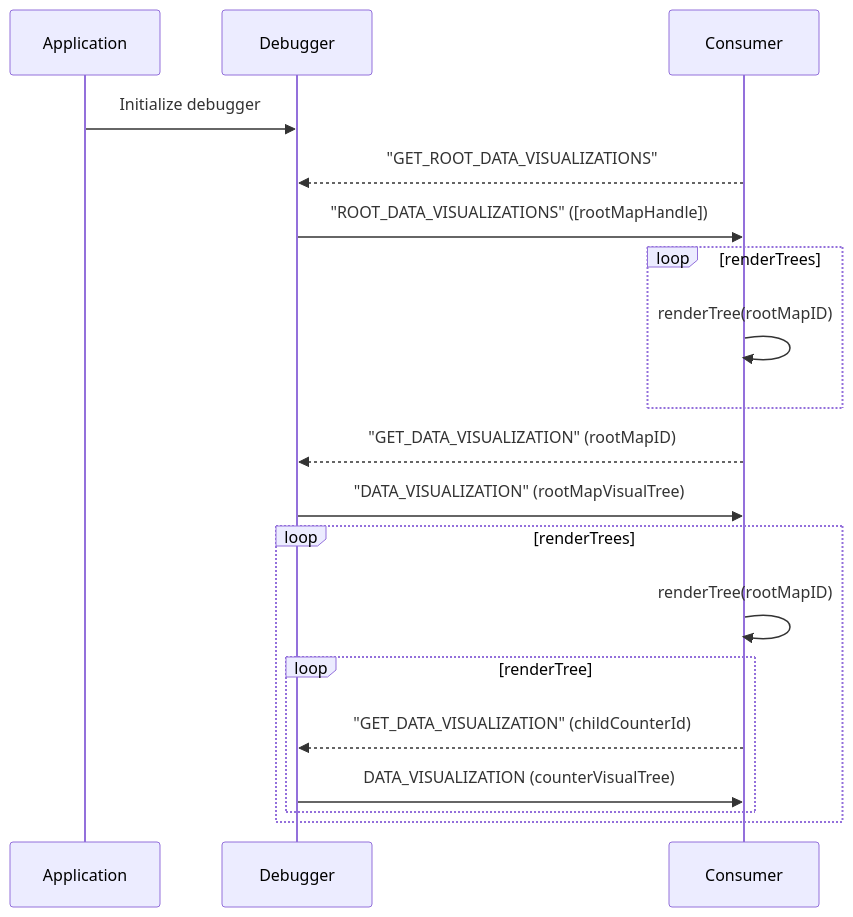
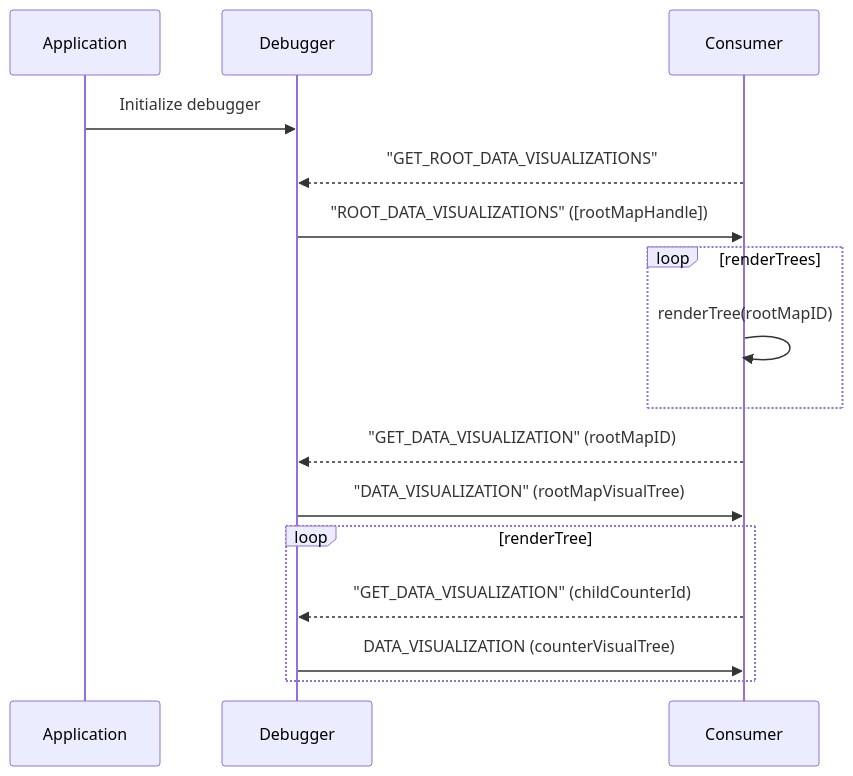
One commit to microsoft/FluidFramework changed the second of 2 diagrams in packages/tools/client-debugger/client-debugger/src/data-visualization/Overview.md. Above: the diagram before and after it, drawn with Mermaid.

Commit message:
docs: Simplify diagram a bit

````diff
--- a/packages/tools/client-debugger/client-debugger/src/data-visualization/Overview.md
+++ b/packages/tools/client-debugger/client-debugger/src/data-visualization/Overview.md
@@ -67,22 +67,19 @@
 ```mermaid
 sequenceDiagram
 participant Application
 participant Debugger
 participant Consumer
 
 Application->>Debugger: Initialize debugger
 Consumer-->>Debugger: "GET_ROOT_DATA_VISUALIZATIONS"
 Debugger->>Consumer: "ROOT_DATA_VISUALIZATIONS" ([rootMapHandle])
 loop renderTrees
 	Consumer->>Consumer: renderTree(rootMapID)
 end
 Consumer-->>Debugger: "GET_DATA_VISUALIZATION" (rootMapID)
 Debugger->>Consumer: "DATA_VISUALIZATION" (rootMapVisualTree)
-loop renderTrees
-	Consumer->>Consumer: renderTree(rootMapID)
-	loop renderTree
-		Consumer-->>Debugger: "GET_DATA_VISUALIZATION" (childCounterId)
-		Debugger->>Consumer: DATA_VISUALIZATION (counterVisualTree)
-	end
+loop renderTree
+	Consumer-->>Debugger: "GET_DATA_VISUALIZATION" (childCounterId)
+	Debugger->>Consumer: DATA_VISUALIZATION (counterVisualTree)
 end
 ```
````
